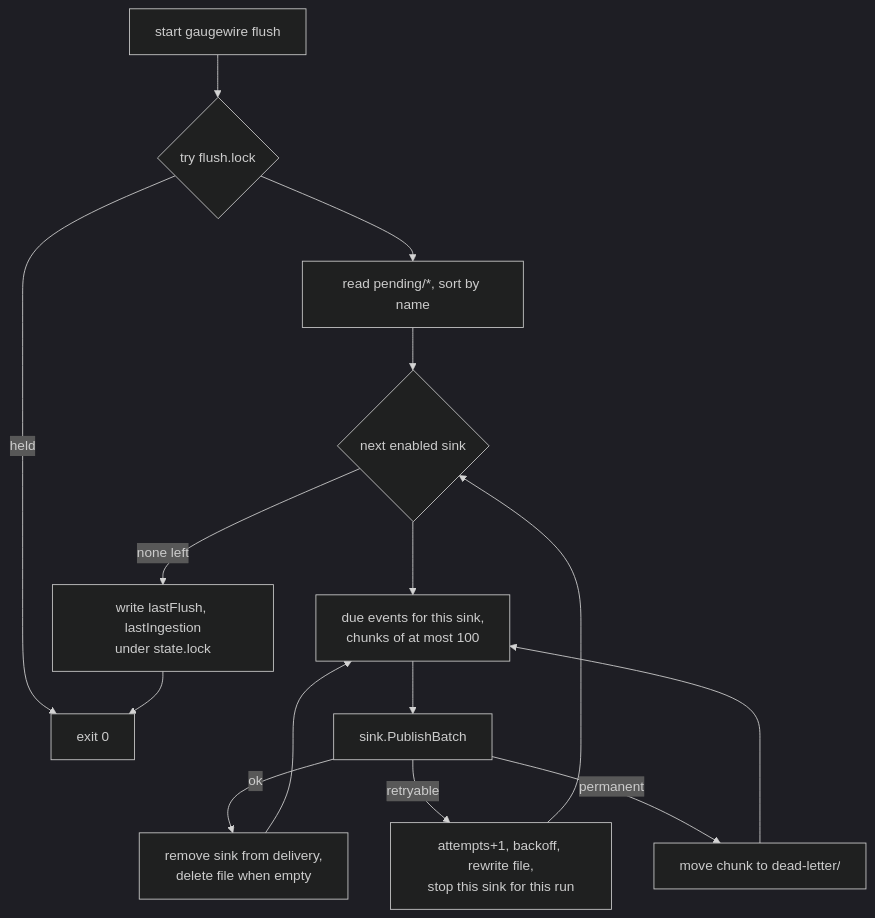
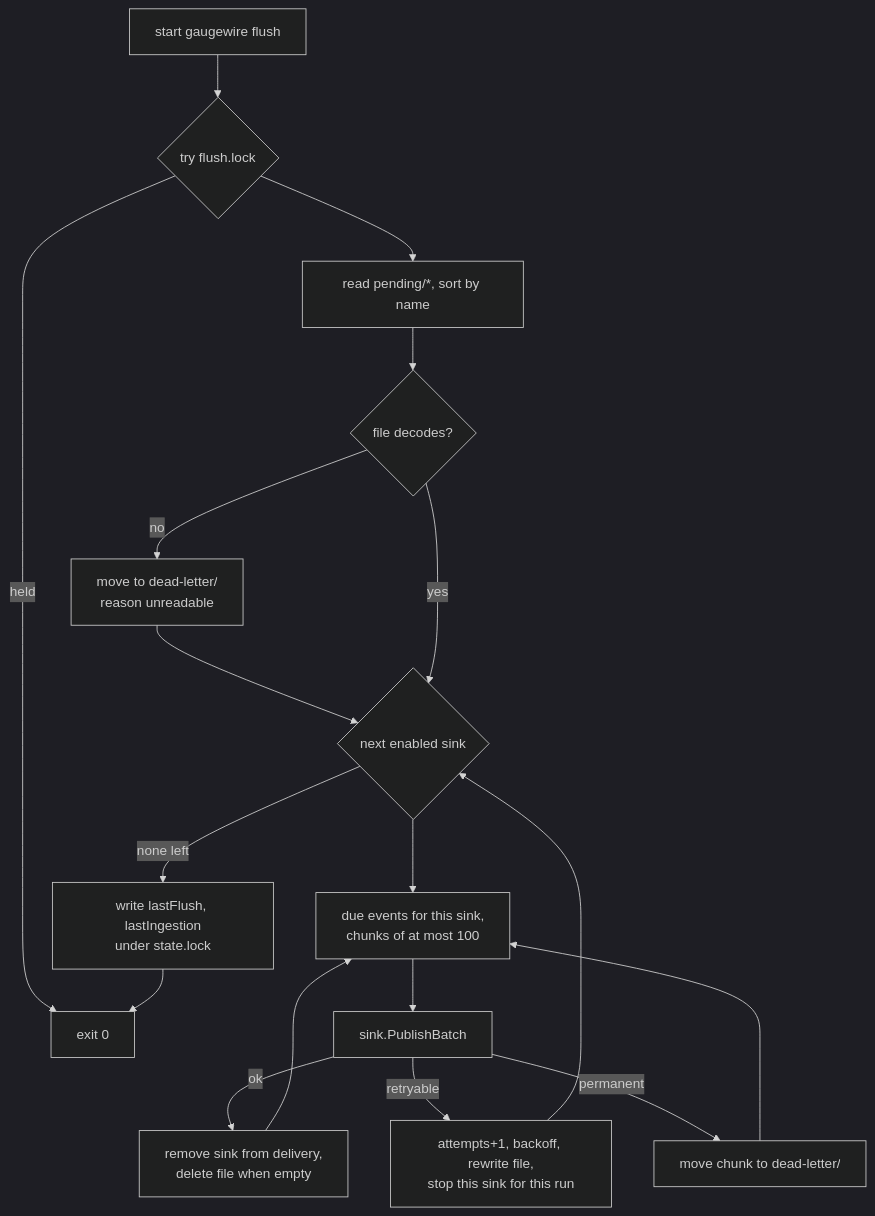
The diagram in docs/spec/gaugewire/spool-and-flush.md (sulcer/gaugewire), drawn with Mermaid (dark theme) before and after one commit. The commit also changed 2 other files, not shown here.

Commit message:
docs: reconcile the reducer, contract and spool pages with the tree

````diff
--- a/docs/spec/gaugewire/spool-and-flush.md
+++ b/docs/spec/gaugewire/spool-and-flush.md
@@ -16,13 +16,16 @@
 ```mermaid
 flowchart TD
     S[start gaugewire flush] --> L{try flush.lock}
     L -->|held| X[exit 0]
     L --> R[read pending/*, sort by name]
-    R --> K{next enabled sink}
+    R --> U{"file decodes?"}
+    U -->|no| Q["move to dead-letter/<br/>reason unreadable"] --> K
+    U -->|yes| K
+    K{next enabled sink}
     K -->|none left| W["write lastFlush, lastIngestion<br/>under state.lock"] --> X
     K --> D["due events for this sink,<br/>chunks of at most 100"]
     D --> P[sink.PublishBatch]
     P -->|ok| A["remove sink from delivery,<br/>delete file when empty"] --> D
     P -->|retryable| B["attempts+1, backoff, rewrite file,<br/>stop this sink for this run"] --> K
     P -->|permanent| M[move chunk to dead-letter/] --> D
 ```
````
